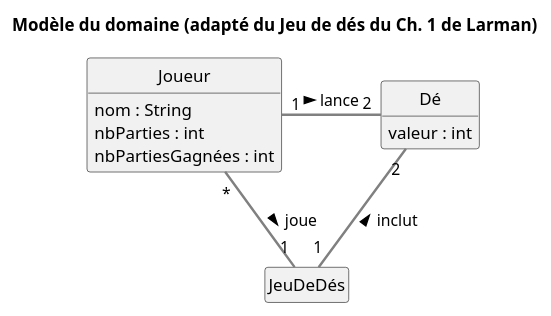
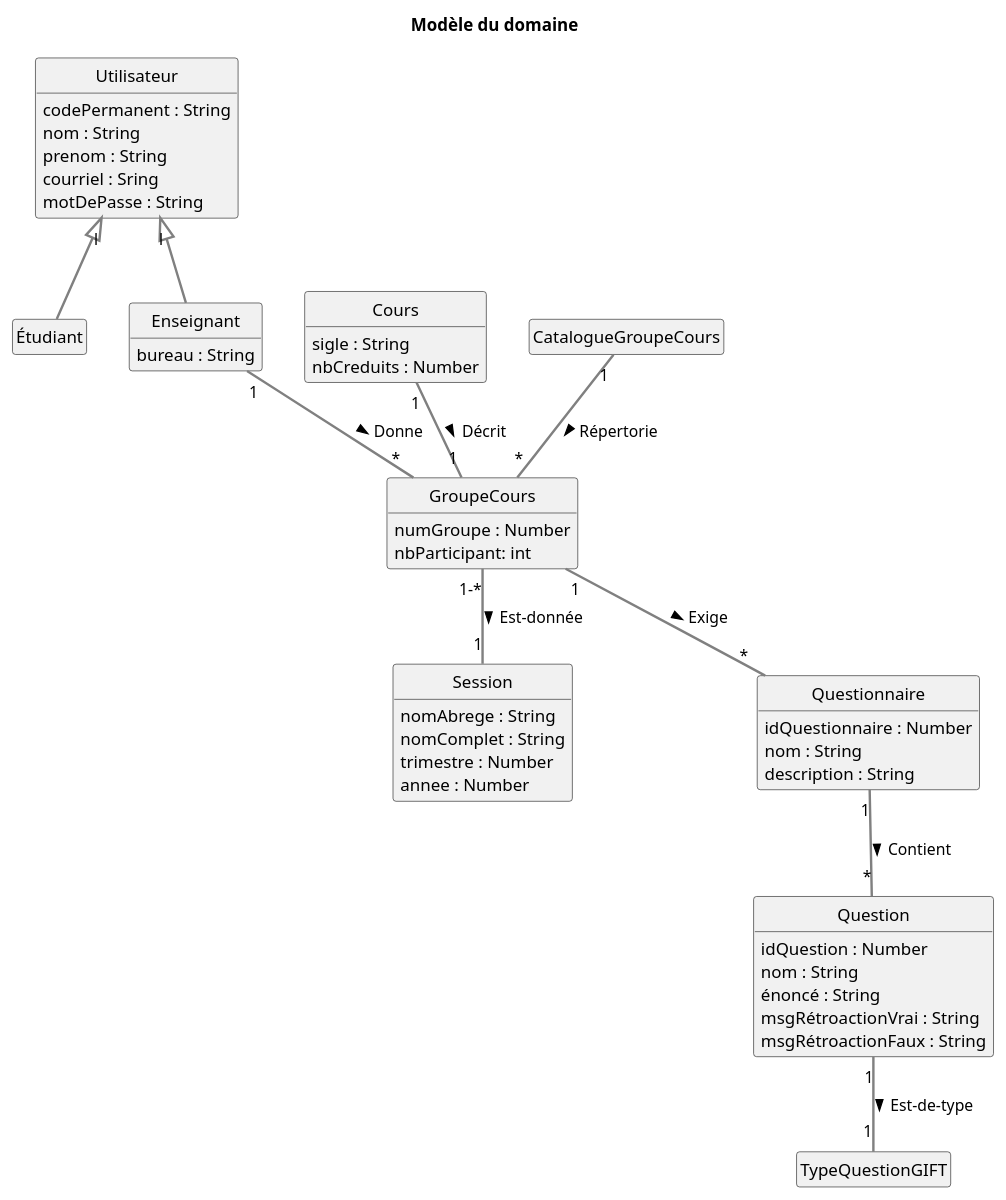
One commit to IshakMegatli1/MoodleCopy changed the diagram in docs/modeles/mdd.puml. Above: the diagram before and after it, drawn with PlantUML. The commit also changed 22 other files, not shown here.

Commit message:
Ajout Diagrammes

```diff
--- a/docs/modeles/mdd.puml
+++ b/docs/modeles/mdd.puml
@@ -1,20 +1,81 @@
 @startuml MDD
 skinparam style strictuml
 skinparam ArrowThickness 2
 skinparam ArrowColor #gray
+
 hide empty members
-title Modèle du domaine (adapté du Jeu de dés du Ch. 1 de Larman)
-class Joueur {
-  nom : String
-  nbParties : int
-  nbPartiesGagnées : int
+title Modèle du domaine
+
+together {
+
+  class Utilisateur {
+    codePermanent : String
+    nom : String
+    prenom : String
+    courriel : Sring
+    motDePasse : String
+  }
+  class Étudiant {
+
+  }
+  class Enseignant {
+    bureau : String
+  }
+
 }
-class Dé {
-  valeur : int
+
+together {
+
+  class CatalogueGroupeCours {}
+
+  class Cours {
+    sigle : String
+    nbCreduits : Number
+  }
+
+  class GroupeCours {
+    numGroupe : Number
+    nbParticipant: int
+  }
+  
+  class Session {
+    nomAbrege : String 
+    nomComplet : String
+    trimestre : Number 
+    annee : Number
+  }
+  together {
+
+  }
 }
-class JeuDeDés
+
+
+together {
+  class Question {
+    idQuestion : Number
+    nom : String
+    énoncé : String
+    msgRétroactionVrai : String
+    msgRétroactionFaux : String
+  }
+  class TypeQuestionGIFT {}
+
+  class Questionnaire {
+    idQuestionnaire : Number
+    nom : String
+    description : String
+  }
+}
+
 ' associations
-Joueur "*" -down- "1" JeuDeDés : joue >
-Joueur "1" -right- "2" Dé : lance >
-JeuDeDés "1" -up- "2" Dé : inclut >
+Utilisateur  "l" <|-- Étudiant
+Utilisateur "l" <|-- Enseignant 
+
+CatalogueGroupeCours "1" -- "*" GroupeCours :  Répertorie >
+Cours "1" -- "1" GroupeCours : Décrit >
+Enseignant "1" -- "*" GroupeCours : Donne > 
+GroupeCours "1" -- "*" Questionnaire : Exige > 
+GroupeCours "1-*" -- "1" Session : Est-donnée > 
+Questionnaire "1" -- "*" Question : Contient >
+Question "1" -- "1" TypeQuestionGIFT : Est-de-type >
 @enduml
```
